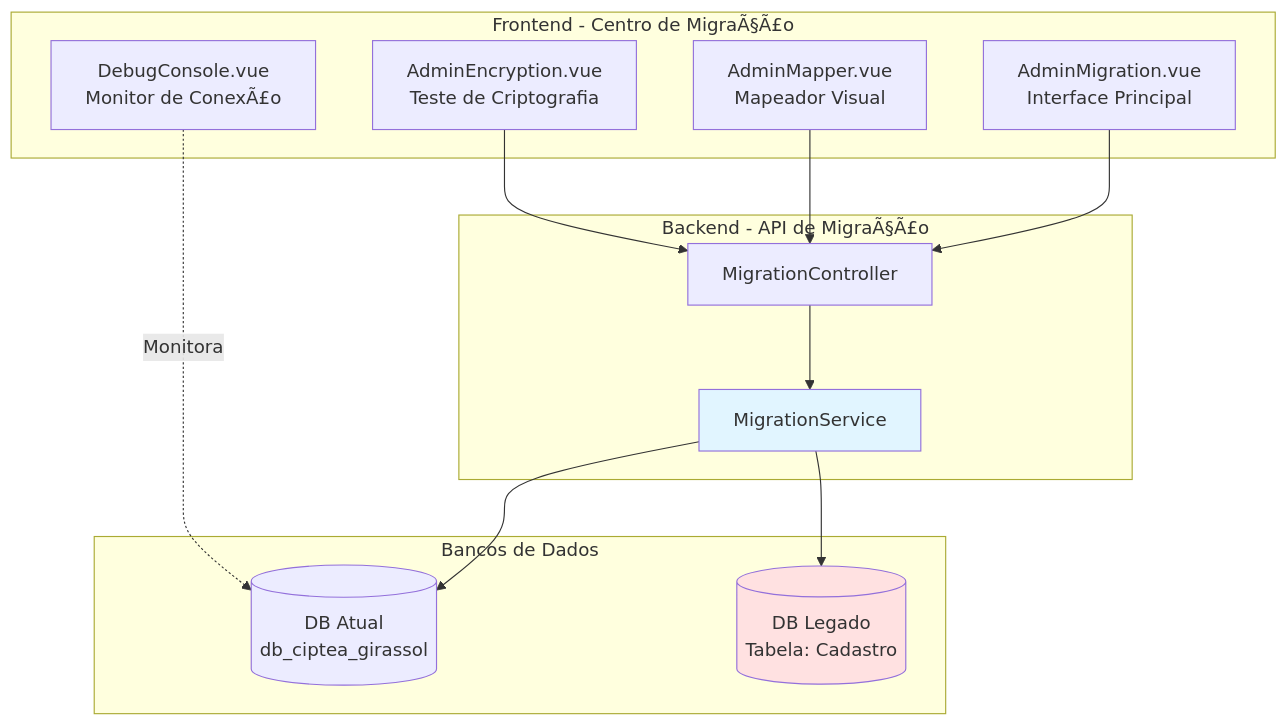
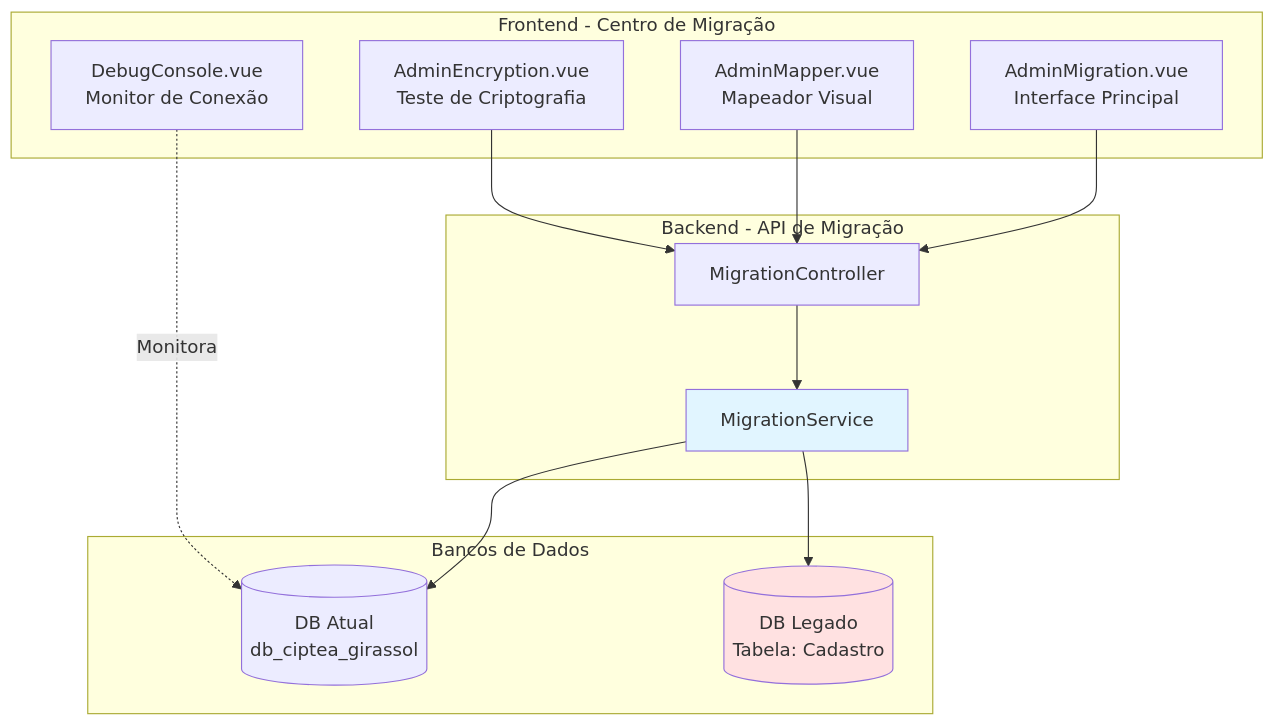
One commit to vhpontes/portal-inclusao-showcase changed the first of 5 diagrams in docs/architecture/migration_architecture.md. Above: the diagram before and after it, drawn with Mermaid. The commit also changed other lines of this file and 17 other files, not shown here.

````diff
--- a/docs/architecture/migration_architecture.md
+++ b/docs/architecture/migration_architecture.md
@@ -13,32 +13,32 @@
 ```mermaid
 graph TB
-    subgraph "Frontend - Centro de MigraÃ§Ã£o"
+    subgraph "Frontend - Centro de Migração"
         UI[AdminMigration.vue<br/>Interface Principal]
         Mapper[AdminMapper.vue<br/>Mapeador Visual]
         Encryption[AdminEncryption.vue<br/>Teste de Criptografia]
-        Debug[DebugConsole.vue<br/>Monitor de ConexÃ£o]
+        Debug[DebugConsole.vue<br/>Monitor de Conexão]
     end
     
-    subgraph "Backend - API de MigraÃ§Ã£o"
+    subgraph "Backend - API de Migração"
         Controller[MigrationController]
         Service[MigrationService]
     end
     
     subgraph "Bancos de Dados"
         Target[(DB Atual<br/>db_ciptea_girassol)]
         Legacy[(DB Legado<br/>Tabela: Cadastro)]
     end
     
     UI --> Controller
     Mapper --> Controller
     Encryption --> Controller
     
     Controller --> Service
     Service --> Target
     Service --> Legacy
     
     Debug -.->|Monitora| Target
     
     style Service fill:#e1f5ff
     style Legacy fill:#ffe1e1
 ```
````
